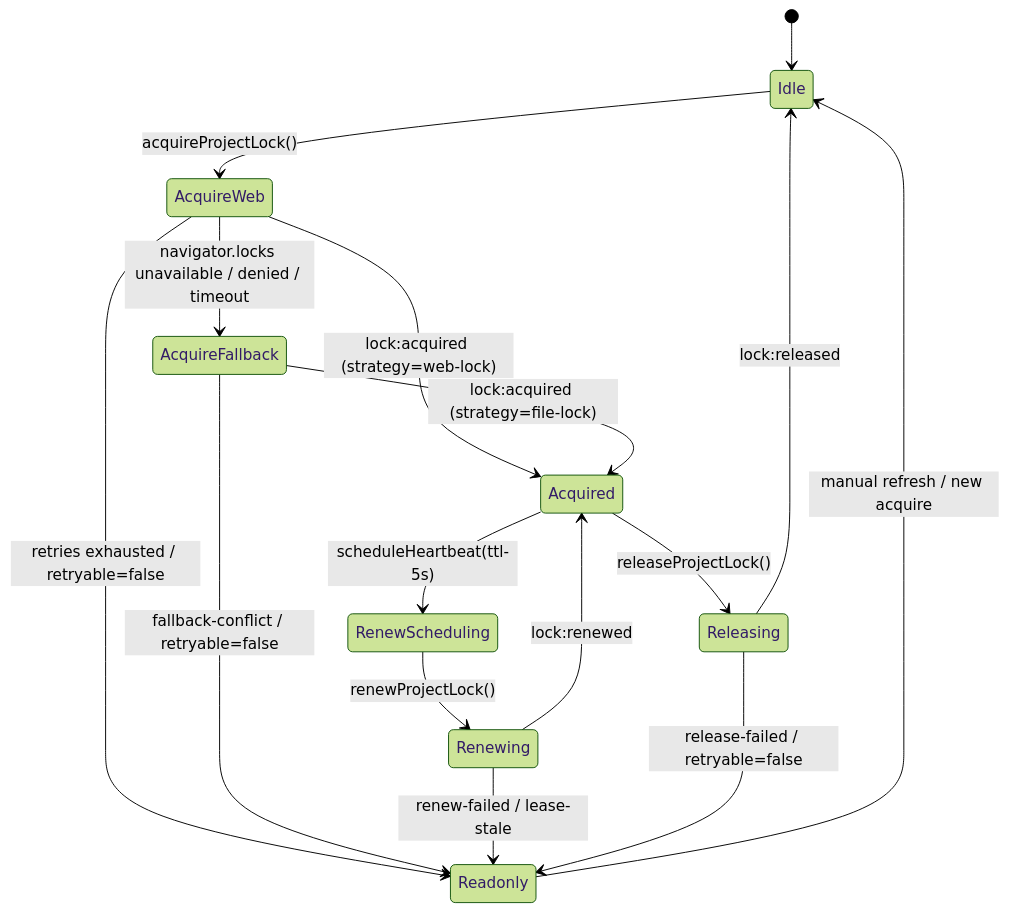
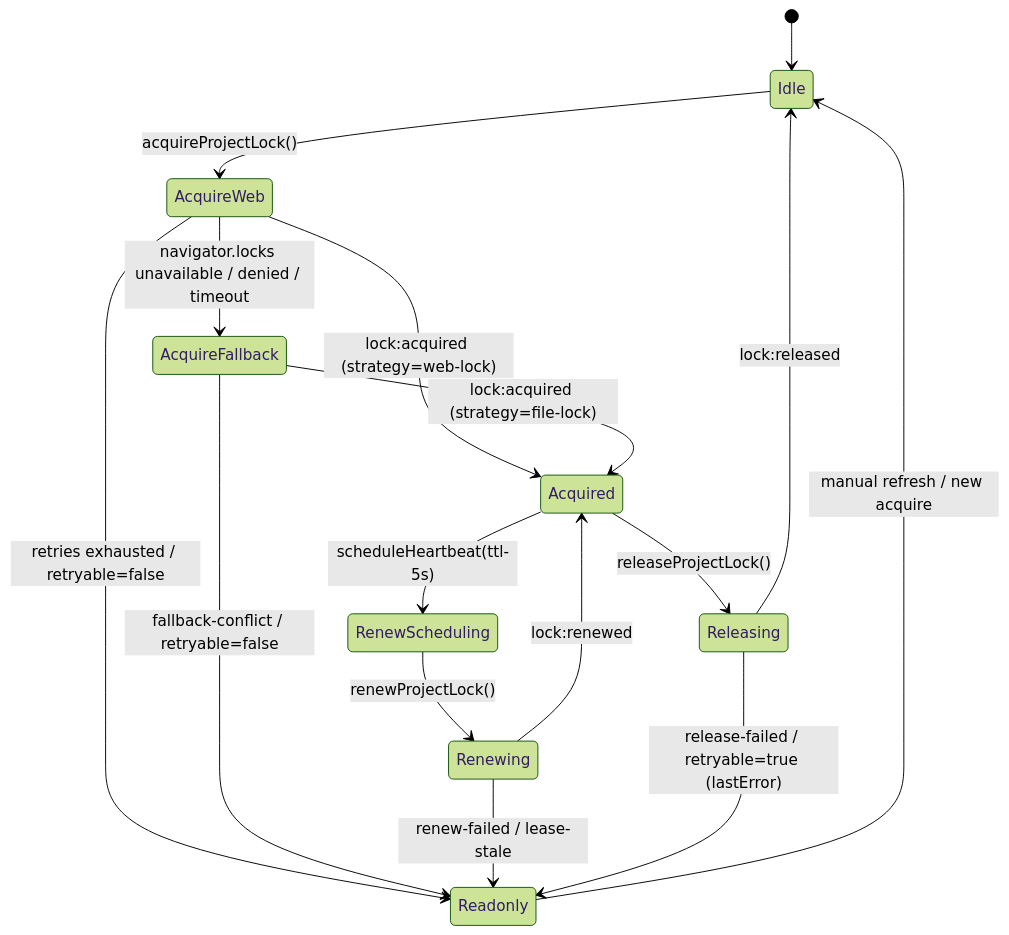
Before and after one commit to RNA4219/Conimgponic: the eighth of 12 diagrams in docs/IMPLEMENTATION-PLAN.md, drawn with Mermaid (forest theme). The commit also changed other lines of this file and 3 other files, not shown here.

Commit message:
Fix release lock retryable propagation

````diff
--- a/docs/IMPLEMENTATION-PLAN.md
+++ b/docs/IMPLEMENTATION-PLAN.md
@@ -295,18 +295,18 @@
 ```mermaid
 stateDiagram-v2
     [*] --> Idle
     Idle --> AcquireWeb: acquireProjectLock()
     AcquireWeb --> AcquireFallback: navigator.locks unavailable / denied / timeout
     AcquireWeb --> Acquired: lock:acquired (strategy=web-lock)
     AcquireFallback --> Acquired: lock:acquired (strategy=file-lock)
     AcquireWeb --> Readonly: retries exhausted / retryable=false
     AcquireFallback --> Readonly: fallback-conflict / retryable=false
     Acquired --> RenewScheduling: scheduleHeartbeat(ttl-5s)
     RenewScheduling --> Renewing: renewProjectLock()
     Renewing --> Acquired: lock:renewed
     Renewing --> Readonly: renew-failed / lease-stale
     Acquired --> Releasing: releaseProjectLock()
     Releasing --> Idle: lock:released
-    Releasing --> Readonly: release-failed / retryable=false
+    Releasing --> Readonly: release-failed / retryable=true (lastError)
     Readonly --> Idle: manual refresh / new acquire
 ```
````
